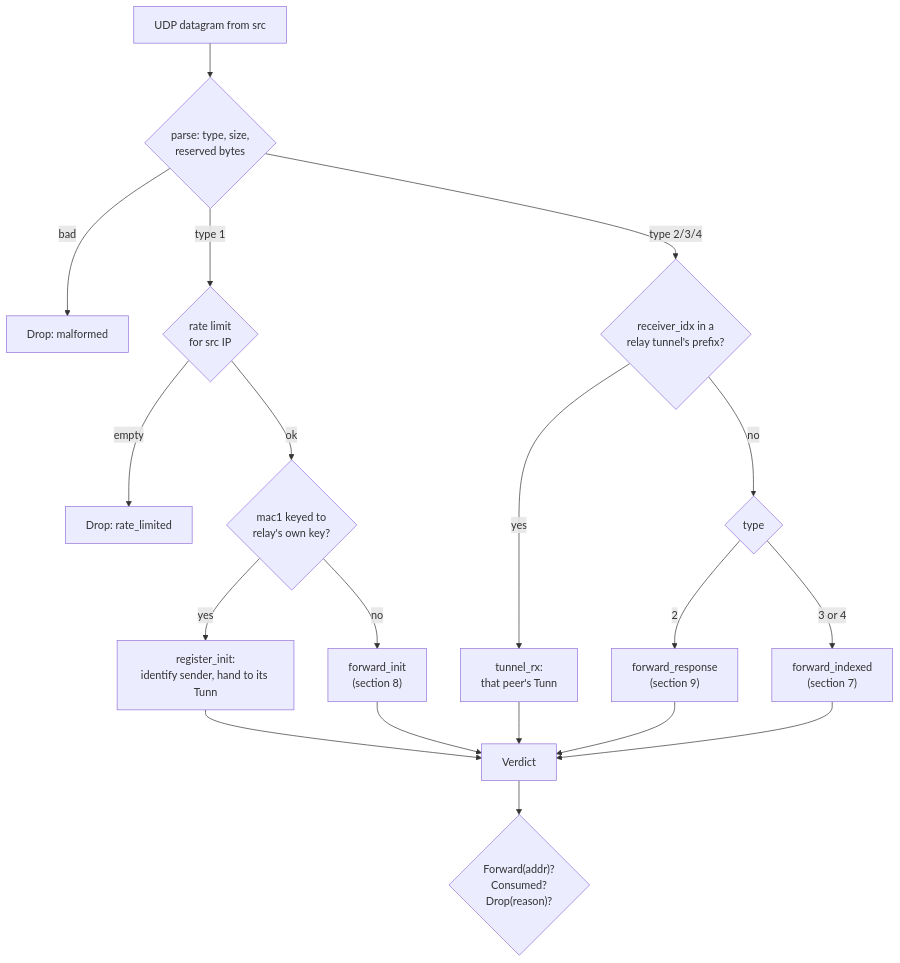
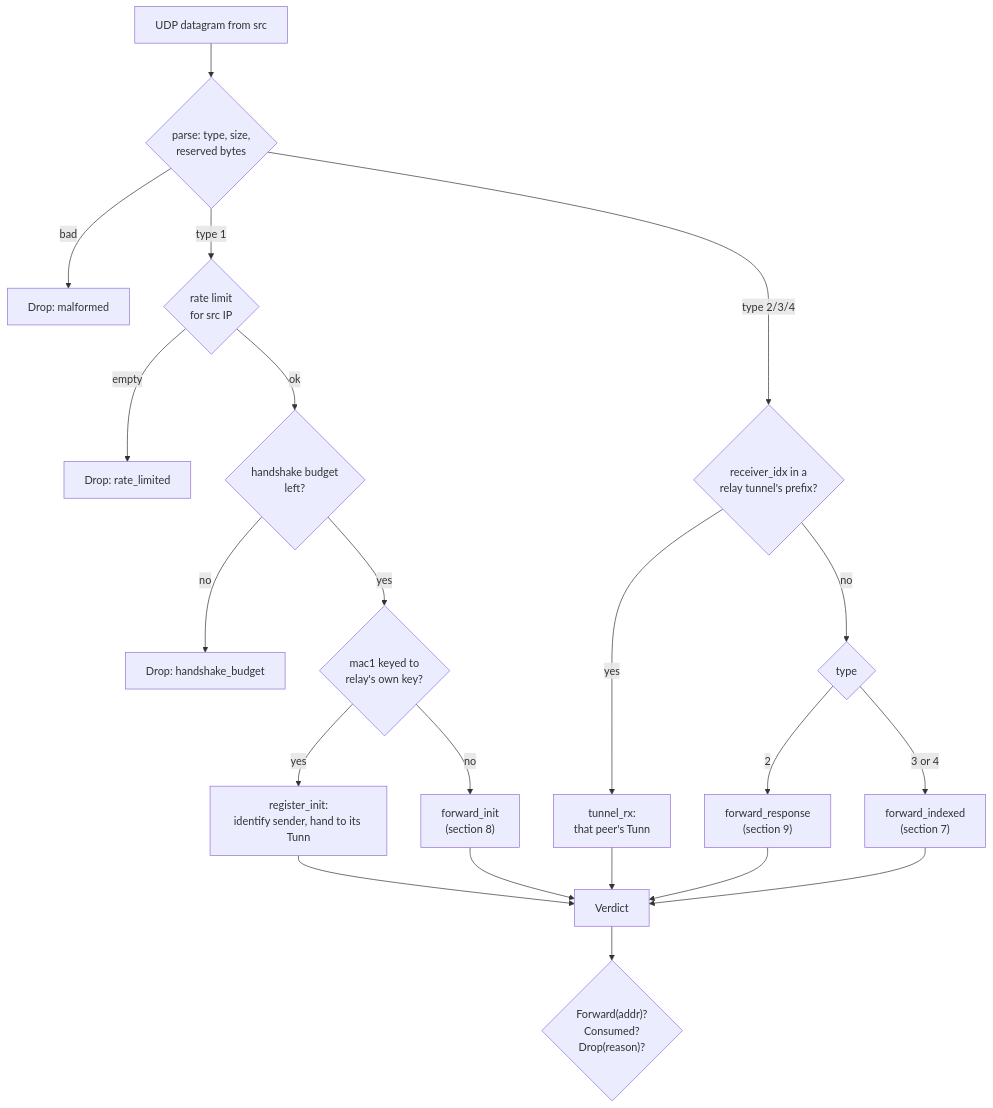
Before and after one commit to 3alpha/wg-relay: diagram 14 of 22 in docs/how-it-works.md, drawn with Mermaid. The commit also changed other lines of this file and 12 other files, not shown here.

First line of the commit message:
perf(relay): batch mac1 scans with simd and cap handshake work

````diff
--- a/docs/how-it-works.md
+++ b/docs/how-it-works.md
@@ -456,21 +458,23 @@
 ```mermaid
 flowchart TD
     IN["UDP datagram from src"] --> P{"parse: type, size,<br/>reserved bytes"}
     P -- bad --> M["Drop: malformed"]
     P -- "type 1" --> RL{"rate limit<br/>for src IP"}
     RL -- empty --> D1["Drop: rate_limited"]
-    RL -- ok --> RM{"mac1 keyed to<br/>relay's own key?"}
+    RL -- ok --> BG{"handshake budget<br/>left?"}
+    BG -- no --> D2["Drop: handshake_budget"]
+    BG -- yes --> RM{"mac1 keyed to<br/>relay's own key?"}
     RM -- yes --> REG["register_init:<br/>identify sender, hand to its Tunn"]
     RM -- no --> FI["forward_init<br/>(section 8)"]
     P -- "type 2/3/4" --> PX{"receiver_idx in a<br/>relay tunnel's prefix?"}
     PX -- yes --> TR["tunnel_rx:<br/>that peer's Tunn"]
     PX -- no --> T2{"type"}
     T2 -- 2 --> FR["forward_response<br/>(section 9)"]
     T2 -- "3 or 4" --> FX["forward_indexed<br/>(section 7)"]
     REG --> V["Verdict"]
     TR --> V
     FI --> V
     FR --> V
     FX --> V
     V --> OUT{"Forward(addr)?<br/>Consumed?<br/>Drop(reason)?"}
 ```
````
